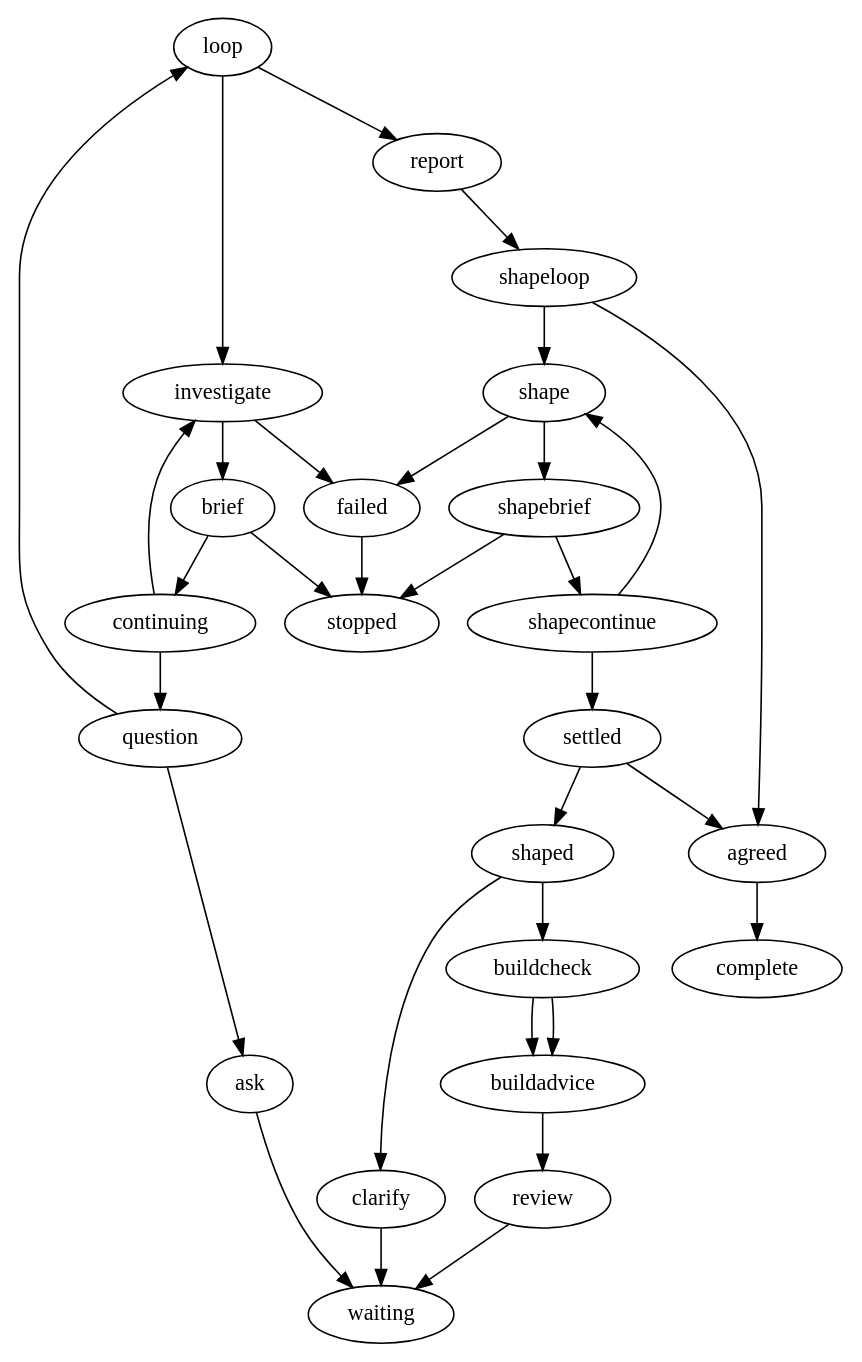
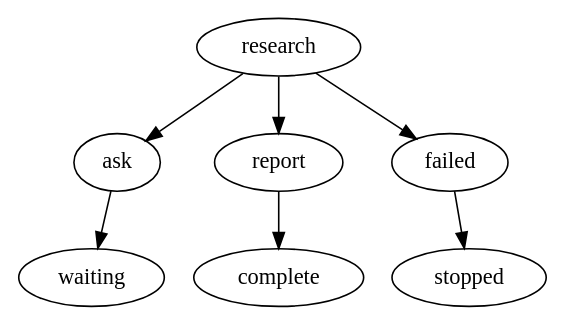
Before and after one commit to marioatcloudvane/litefactory: the diagram in teams/source/base-team/research/research.dot, drawn with Graphviz. The commit also changed 124 other files, not shown here.

```diff
--- a/teams/source/base-team/research/research.dot
+++ b/teams/source/base-team/research/research.dot
@@ -1,87 +1,28 @@
-// Research runs in two owner-authorized stages, each with one reasoning role.
+// Research is one agent. It investigates the owner's request, shapes a scope it
+// would defend, writes RESEARCH_BRIEF.md in its session directory and reports.
+// All of that lives in the role's Markdown. The factory only posts and waits.
 //
-// Clarification is an introduction: one pass, publish, hand on. Shaping is
-// where the work happens, so it cannot advance on its own — the only edge into
-// its final publication needs "approved", which the factory follows when an authenticated
-// owner replies done to the current review, without another agent invocation. Everything else loops back for another pass.
-//
-// One run advances one stage. Publishing the report parks the instance, and a
-// graph dispatch carries it into the run that continues it. Limits persist
-// across replies, and every loop, branch and comment names the agent whose
-// response it reads, so a later stage bootstraps from its own default instead
-// of inheriting the previous one's. The ask default initializes only the first
-// evaluation of each stage.
-//
-// Before a shaped draft goes to the owner for review, a builder check judges
-// the saved result and publishes its advice as a short comment just above the
-// draft it checked (lf_format="brief": a plain first sentence and one line per point). It is
-// advisory: it cannot decide, ask or approve, and success and failure both
-// continue to the same review. Shaping folds its points into the next pass.
+// The agent's result names its own response (lf_response="result"): "ask",
+// "done" or "failed". A question is posted and the instance waits for the
+// owner, whose reply resumes this same agent with its saved result as context.
+// A finished result posts the agent's final report. There is no approval step:
+// `/plan` is the owner's real gate, and a later comment starts the next Research
+// from this one. A failed attempt posts why and stops.
 digraph research {
- graph [team="{{team}}", mode="research", profile_version="1", start="loop"];
+ graph [team="{{team}}", mode="research", profile_version="2", start="research"];
 
- // ---- Stage 1: clarification -------------------------------------------
- loop        [lf_action="lf_loop",    lf_outcomes="true,false", lf_field="response", lf_condition="ask", lf_default="ask", lf_limit="8", lf_source="investigate"];
- continuing [lf_action="lf_if", lf_outcomes="true,false", lf_field="response", lf_condition="continue", lf_limit="8", lf_source="investigate"];
- brief [lf_action="lf_research_brief", lf_outcomes="success,failed", lf_source="investigate", lf_limit="8"];
- investigate [lf_action="lf_agent",   lf_outcomes="success,failed", lf_agent_markdown="research", lf_skills="research-evidence,research-mode-feature,research-mode-change,research-mode-bug,research-mode-refactor,research-mode-integration,research-mode-operations,research-mode-agent-guidance", lf_limit="8"];
- question    [lf_action="lf_if",      lf_outcomes="true,false", lf_field="response", lf_condition="ask", lf_limit="8", lf_source="investigate"];
- ask         [lf_action="lf_ask", lf_outcomes="published", lf_kind="question", lf_limit="8", lf_source="investigate"];
- report      [lf_action="lf_comment", lf_outcomes="published", lf_kind="final",    lf_limit="1", lf_source="investigate"];
+ research [lf_action="lf_agent", lf_agent_markdown="research", lf_skills="research-evidence,research-mode-feature,research-mode-change,research-mode-bug,research-mode-refactor,research-mode-integration,research-mode-operations,research-mode-agent-guidance", lf_response="result", lf_outcomes="ask,done,failed", lf_limit="8"];
+ ask      [lf_action="lf_ask", lf_kind="question", lf_outcomes="published", lf_source="research", lf_limit="8"];
+ report   [lf_action="lf_comment", lf_kind="final", lf_outcomes="published", lf_source="research", lf_limit="8"];
+ failed   [lf_action="lf_comment", lf_kind="failure", lf_outcomes="published", lf_limit="8"];
+ waiting  [lf_terminal="true"];
+ complete [lf_terminal="true"];
+ stopped  [lf_terminal="true"];
 
- // ---- Stage 2: shaping ---------------------------------------------------
- shapeloop   [lf_action="lf_loop",    lf_outcomes="true,false", lf_field="response", lf_condition="ask", lf_default="ask", lf_limit="8", lf_source="shape"];
- shapecontinue [lf_action="lf_if", lf_outcomes="true,false", lf_field="response", lf_condition="continue", lf_limit="8", lf_source="shape"];
- shapebrief [lf_action="lf_research_brief", lf_outcomes="success,failed", lf_source="shape", lf_limit="8"];
- shape       [lf_action="lf_agent",   lf_outcomes="success,failed", lf_agent_markdown="shaping", lf_skills="research-evidence,research-mode-feature,research-mode-change,research-mode-bug,research-mode-refactor,research-mode-integration,research-mode-operations,research-mode-agent-guidance", lf_limit="8"];
- settled     [lf_action="lf_if",      lf_outcomes="true,false", lf_field="response", lf_condition="approved", lf_limit="8", lf_source="shape"];
- shaped      [lf_action="lf_if",      lf_outcomes="true,false", lf_field="response", lf_condition="ask", lf_limit="8", lf_source="shape"];
- clarify     [lf_action="lf_ask", lf_outcomes="published", lf_kind="question", lf_limit="8", lf_source="shape"];
- review      [lf_action="lf_ask", lf_outcomes="published", lf_kind="review",   lf_limit="8", lf_source="shape"];
- agreed      [lf_action="lf_comment", lf_outcomes="published", lf_kind="final",    lf_limit="1", lf_source="shape"];
- buildcheck  [lf_action="lf_judge", lf_outcomes="success,failed", lf_source="shape", lf_agent="codex", lf_limit="8", lf_focus="Builder check of the shaping draft the owner sees right after this comment. Read only the pinned saved shaping result (the source of its brief), not the discussion. You will plan from this alone. Raise only points whose answer would change what gets built. Check that every O- outcome is clear and testable, that N-/K- boundaries are explicit, that the impact analysis names what is touched, who depends on it and what must be retired or migrated, and that S-01 mode and size fit the request. Start each finding title with who settles it: 'Owner's:' (only the owner can decide what gets built; ask it as a plain question), 'Agent's call:' (Shaping may decide; the correction says what to assume) or 'Already answered:' (the brief should say it more clearly). Owner's points first. Summary: open with one plain first sentence, no label, that says whether the draft is buildable and how many points need the owner (say none when none), then say that Shaping folds the rest into its next pass. Owner language only: no factory terms such as captures, nodes, validation or saved results. One short sentence each for concern, impact and correction. Advisory only."];
- buildadvice [lf_action="lf_comment", lf_outcomes="published", lf_kind="advisory", lf_format="brief", lf_limit="8", lf_source="buildcheck"];
-
- // ---- Failure and terminals ----------------------------------------------
- failed      [lf_action="lf_comment", lf_outcomes="published", lf_kind="failure",  lf_limit="1"];
- waiting     [lf_terminal="true"];
- complete    [lf_terminal="true"];
- stopped     [lf_terminal="true"];
-
- // Stage 1: investigate until the request is clear, then report and hand on.
- loop        -> investigate [lf_on="true"];
- loop        -> report      [lf_on="false"];
- investigate -> brief       [lf_on="success"];
- brief -> continuing [lf_on="success"];
- continuing -> investigate [lf_on="true"];
- continuing -> question [lf_on="false"];
- brief -> stopped [lf_on="failed"];
- question    -> ask         [lf_on="true"];    // needs an answer
- question    -> loop        [lf_on="false"];   // nothing to ask; report
- ask         -> waiting     [lf_on="published"];
- report      -> shapeloop   [lf_on="published"];  // hands over; does not end
-
- // Stage 2: shape, show the owner, and advance only once they approve.
- shapeloop   -> shape       [lf_on="true"];
- shapeloop   -> agreed      [lf_on="false"];
- shape       -> shapebrief  [lf_on="success"];
- shapebrief -> shapecontinue [lf_on="success"];
- shapecontinue -> shape [lf_on="true"];
- shapecontinue -> settled [lf_on="false"];
- shapebrief -> stopped [lf_on="failed"];
- settled     -> agreed      [lf_on="true"];    // the owner approved
- settled     -> shaped      [lf_on="false"];
- shaped      -> clarify     [lf_on="true"];    // needs an answer
- shaped      -> buildcheck  [lf_on="false"];   // has a draft; builder check first
- buildcheck  -> buildadvice [lf_on="success"];
- buildcheck  -> buildadvice [lf_on="failed"];  // advisory: a failed check is published, not fatal
- buildadvice -> review      [lf_on="published"]; // then asks if it stands
- clarify     -> waiting     [lf_on="published"];
- review      -> waiting     [lf_on="published"];
- agreed      -> complete    [lf_on="published"];
-
- // A failed stage reports why and stops; nothing retries on its own.
- investigate -> failed      [lf_on="failed"];
- shape       -> failed      [lf_on="failed"];
- failed      -> stopped     [lf_on="published"];
+ research -> ask    [lf_on="ask"];
+ research -> report [lf_on="done"];
+ research -> failed [lf_on="failed"];
+ ask      -> waiting  [lf_on="published"];
+ report   -> complete [lf_on="published"];
+ failed   -> stopped  [lf_on="published"];
 }
```
